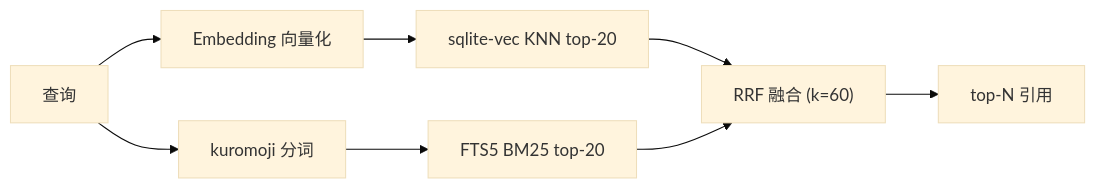
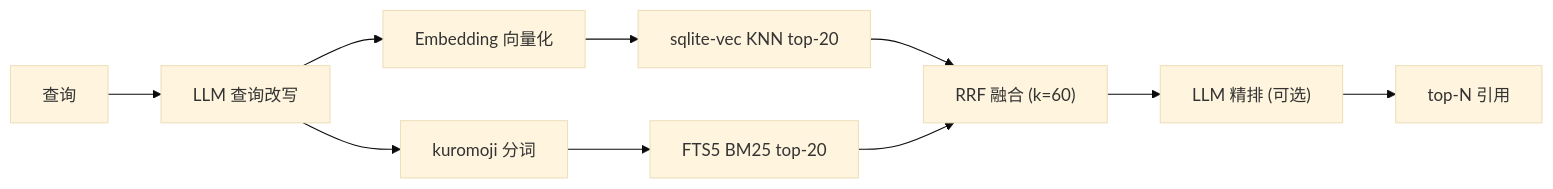
One commit to yuaiccc/japanese-verb-master changed the third of 3 diagrams in README.md. Above: the diagram before and after it, drawn with Mermaid (base theme). The commit also changed other lines of this file and 20 other files, not shown here.

````diff
--- a/README.md
+++ b/README.md
@@ -108,8 +108,10 @@
 ```mermaid
 flowchart LR
-  Q["查询"] --> EMB["Embedding 向量化"] --> VEC["sqlite-vec KNN top-20"]
-  Q --> TOK["kuromoji 分词"] --> FTS["FTS5 BM25 top-20"]
+  Q["查询"] --> RW["LLM 查询改写"]
+  RW --> EMB["Embedding 向量化"] --> VEC["sqlite-vec KNN top-20"]
+  RW --> TOK["kuromoji 分词"] --> FTS["FTS5 BM25 top-20"]
   VEC --> RRF["RRF 融合 (k=60)"]
   FTS --> RRF
-  RRF --> TOP["top-N 引用"]
+  RRF --> RR["LLM 精排 (可选)"]
+  RR --> TOP["top-N 引用"]
 ```
````
